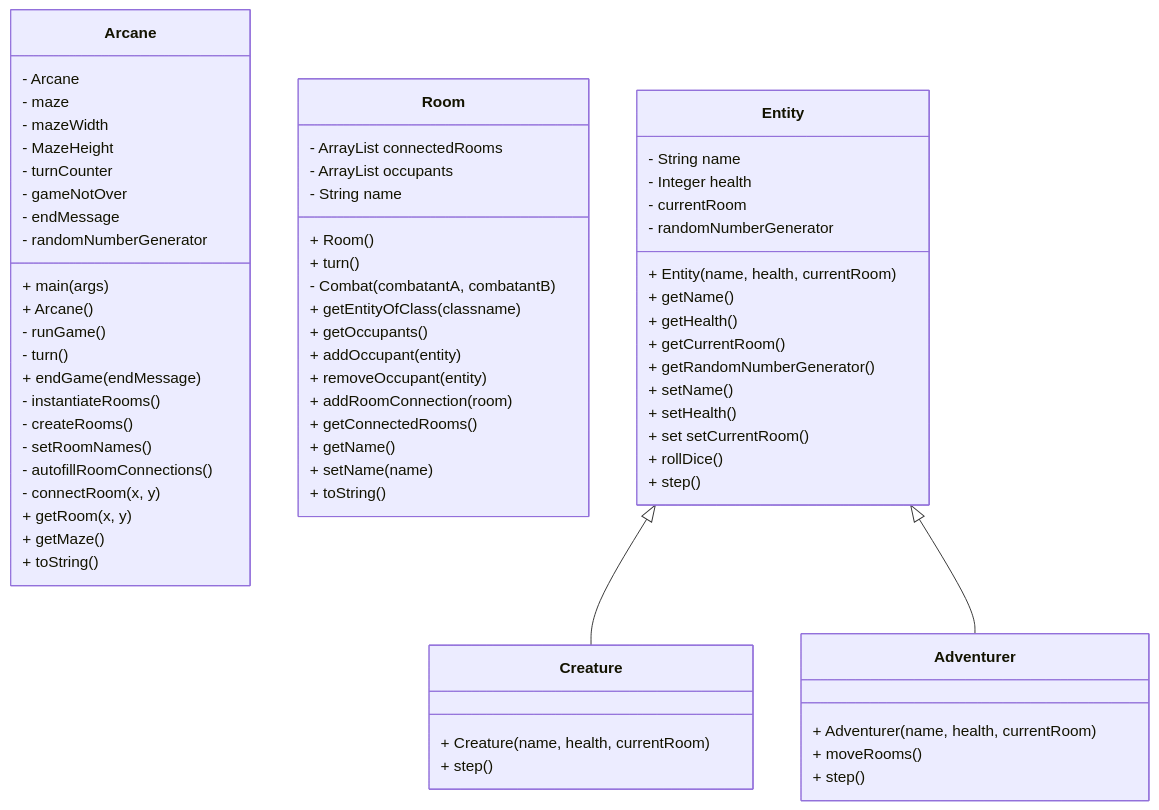
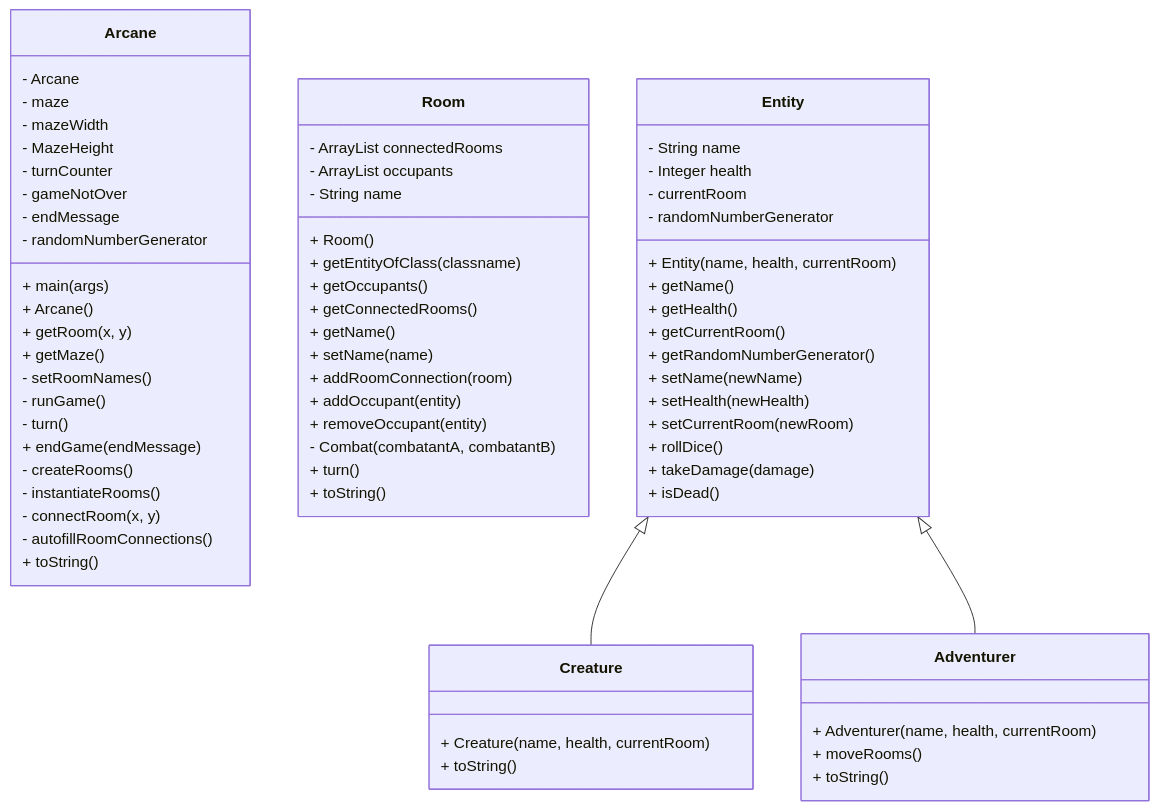
Before and after one commit to jonathancsci/csci4448-arcane-game: the diagram in README.md, drawn with Mermaid.

Commit message:
Update README.md again

````diff
--- a/README.md
+++ b/README.md
@@ -11,70 +11,71 @@
 ```mermaid
 classDiagram
     class Arcane {
         - Arcane
         - maze
         - mazeWidth
         - MazeHeight
         - turnCounter
         - gameNotOver
         - endMessage
         - randomNumberGenerator
         + main(args)
         + Arcane()
+        + getRoom(x, y)
+        + getMaze()
+        - setRoomNames()
         - runGame()
         - turn()
         + endGame(endMessage)
+        - createRooms()
         - instantiateRooms()
-        - createRooms()
-        - setRoomNames()
+        - connectRoom(x, y)
         - autofillRoomConnections()
-        - connectRoom(x, y)
-        + getRoom(x, y)
-        + getMaze()
         + toString()
     }
     class Room {
         - ArrayList<Room> connectedRooms
         - ArrayList<Entity> occupants
         - String name
         + Room()
-        + turn()
-        - Combat(combatantA, combatantB)
         + getEntityOfClass(classname)
         + getOccupants()
-        + addOccupant(entity)
-        + removeOccupant(entity)
-        + addRoomConnection(room)
         + getConnectedRooms()
         + getName()
         + setName(name)
+        + addRoomConnection(room)
+        + addOccupant(entity)
+        + removeOccupant(entity)
+        - Combat(combatantA, combatantB)
+        + turn()
         + toString()
     }
     class Entity {
         - String name
         - Integer health
         - currentRoom
         - randomNumberGenerator
         + Entity(name, health, currentRoom)
         + getName()
         + getHealth()
         + getCurrentRoom()
         + getRandomNumberGenerator()
-        + setName()
-        + setHealth()
-        + set setCurrentRoom()
+        + setName(newName)
+        + setHealth(newHealth)
+        + setCurrentRoom(newRoom)
         + rollDice()
-        + step()
+        + takeDamage(damage)
+        + isDead()
     }
     class Adventurer {
         + Adventurer(name, health, currentRoom)
         + moveRooms()
-        + step()
+        + toString()
     }
     class Creature {
         + Creature(name, health, currentRoom)
-        + step()
+        + toString()
     }
     Entity <|-- Creature
     Entity <|-- Adventurer
 ```
````
